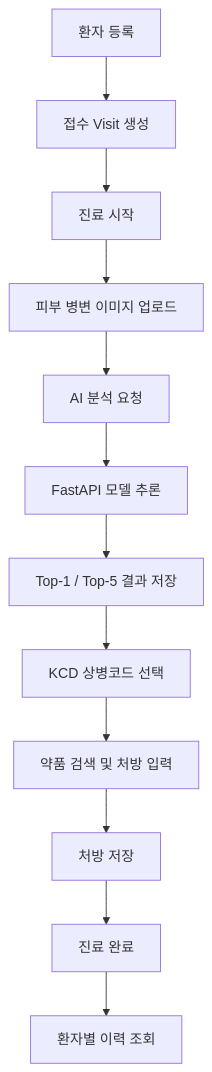
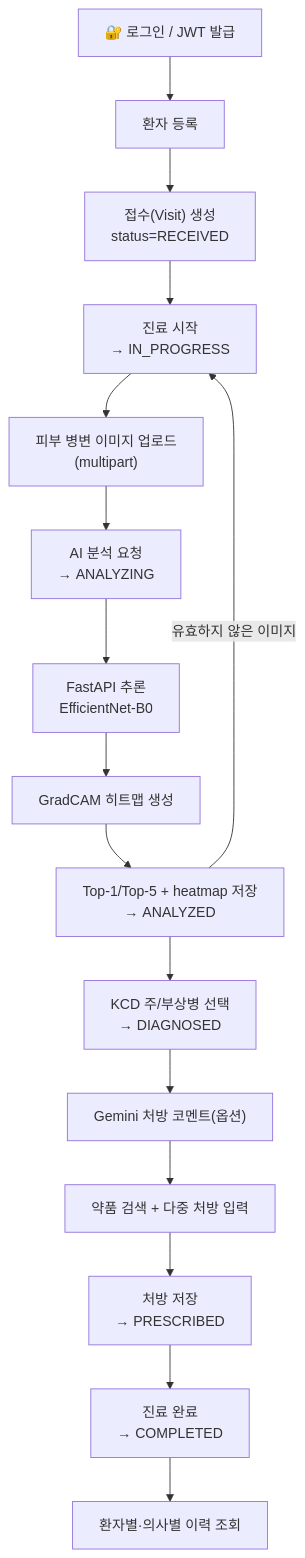
One commit to CSID-DGU/2026-1-CECD1-5-Artifact-9 changed the third of 4 diagrams in README.md. Above: the diagram before and after it, drawn with Mermaid. The commit also changed other lines of this file, not shown here.

````diff
--- a/README.md
+++ b/README.md
@@ -142,14 +293,18 @@
 ```mermaid
 flowchart TD
-    A["환자 등록"] --> B["접수 Visit 생성"]
-    B --> C["진료 시작"]
-    C --> D["피부 병변 이미지 업로드"]
-    D --> E["AI 분석 요청"]
-    E --> F["FastAPI 모델 추론"]
-    F --> G["Top-1 / Top-5 결과 저장"]
-    G --> H["KCD 상병코드 선택"]
-    H --> I["약품 검색 및 처방 입력"]
-    I --> J["처방 저장"]
-    J --> K["진료 완료"]
-    K --> L["환자별 이력 조회"]
+    L["🔐 로그인 / JWT 발급"] --> A["환자 등록"]
+    A --> B["접수(Visit) 생성<br/>status=RECEIVED"]
+    B --> C["진료 시작<br/>→ IN_PROGRESS"]
+    C --> D["피부 병변 이미지 업로드<br/>(multipart)"]
+    D --> E["AI 분석 요청<br/>→ ANALYZING"]
+    E --> F["FastAPI 추론<br/>EfficientNet-B0"]
+    F --> G["GradCAM 히트맵 생성"]
+    G --> H["Top-1/Top-5 + heatmap 저장<br/>→ ANALYZED"]
+    H -->|"유효하지 않은 이미지"| C
+    H --> I["KCD 주/부상병 선택<br/>→ DIAGNOSED"]
+    I --> J["Gemini 처방 코멘트(옵션)"]
+    J --> K["약품 검색 + 다중 처방 입력"]
+    K --> M["처방 저장<br/>→ PRESCRIBED"]
+    M --> N["진료 완료<br/>→ COMPLETED"]
+    N --> O["환자별·의사별 이력 조회"]
 ```
````
